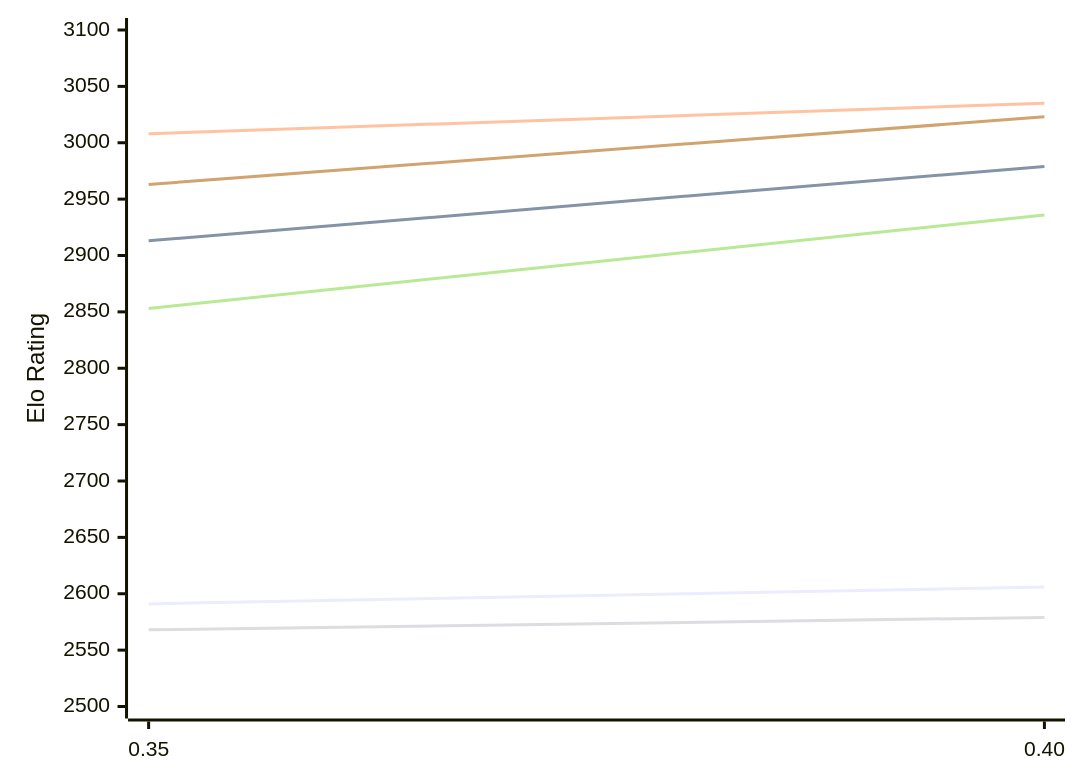
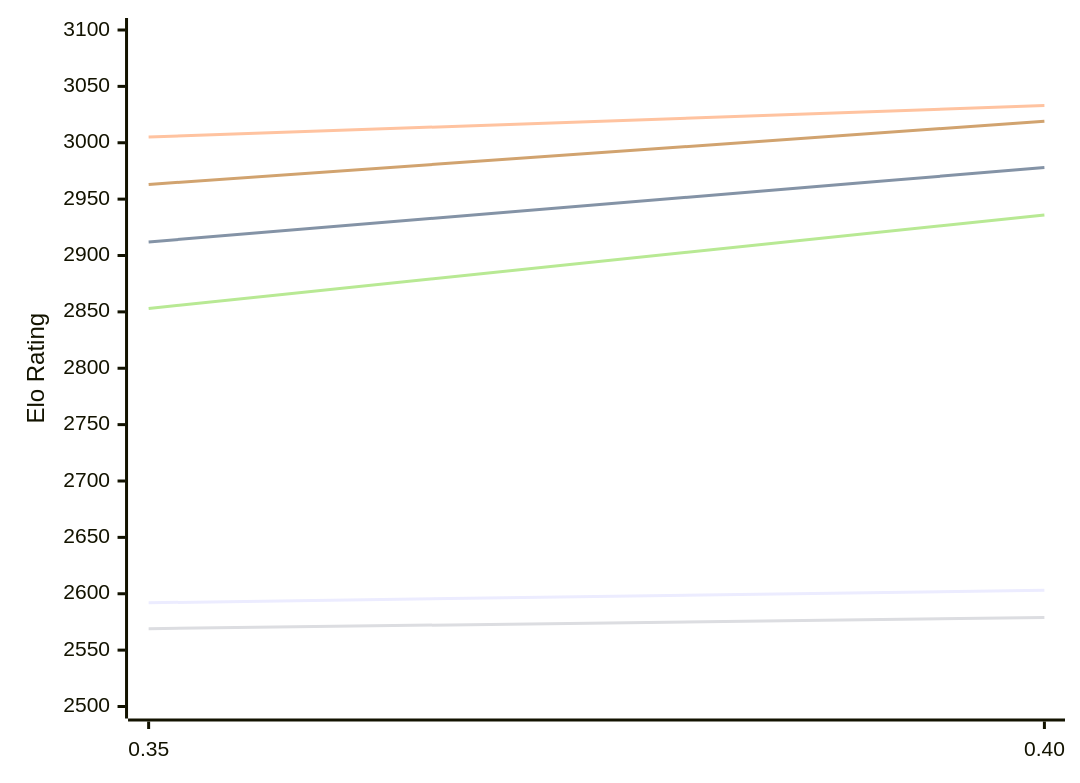
Before and after one commit to computer-chess-index/cci: the first of 2 diagrams in engines/Gecko.md, drawn with Mermaid. The commit also changed other lines of this file, not shown here.

Commit message:
Update CCI Ratings (ELO VLTC) - 2026-11-19

````diff
--- a/engines/Gecko.md
+++ b/engines/Gecko.md
@@ -54,12 +54,12 @@
 ```mermaid
 %%{init: {"theme":"base","themeVariables":{"seriesColors:['#a3a3a3','#222221','#faa371']}}}%%
 xychart-beta
   x-axis ["0.35", "0.40"]
   y-axis "Elo Rating" 2500 --> 3100
-  line "E1: STC (8.0+0.08s)" [2591, 2606]
-  line "E1: LTC (60.0+0.60s)" [2913, 2979]
-  line "E1: VLTC (2m24s+1.12s)" [3008, 3035]
-  line "P1: STC (8.0+0.08s)" [2568, 2579]
+  line "E1: STC (8.0+0.08s)" [2592, 2603]
+  line "E1: LTC (60.0+0.60s)" [2912, 2978]
+  line "E1: VLTC (2m24s+1.12s)" [3005, 3033]
+  line "P1: STC (8.0+0.08s)" [2569, 2579]
   line "P1: LTC (60.0+0.60s)" [2853, 2936]
-  line "P1: VLTC (2m24s+1.12s)" [2963, 3023]
+  line "P1: VLTC (2m24s+1.12s)" [2963, 3019]
 ```
````
